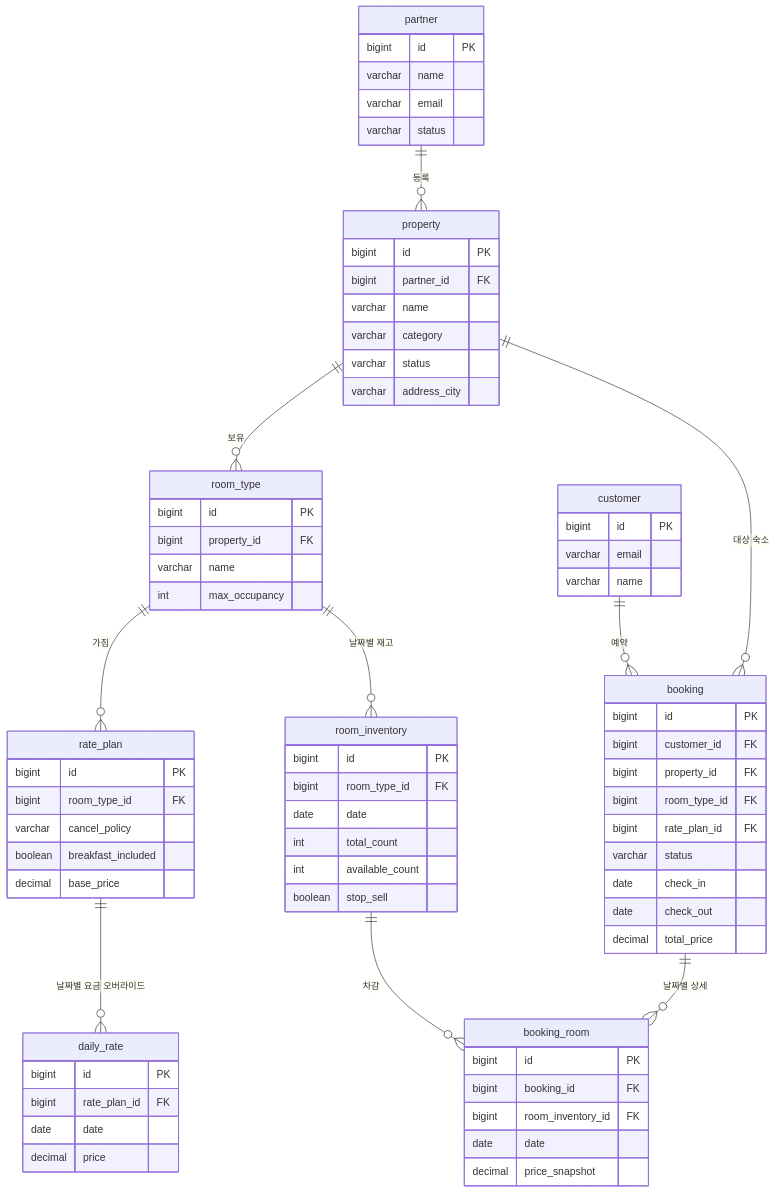
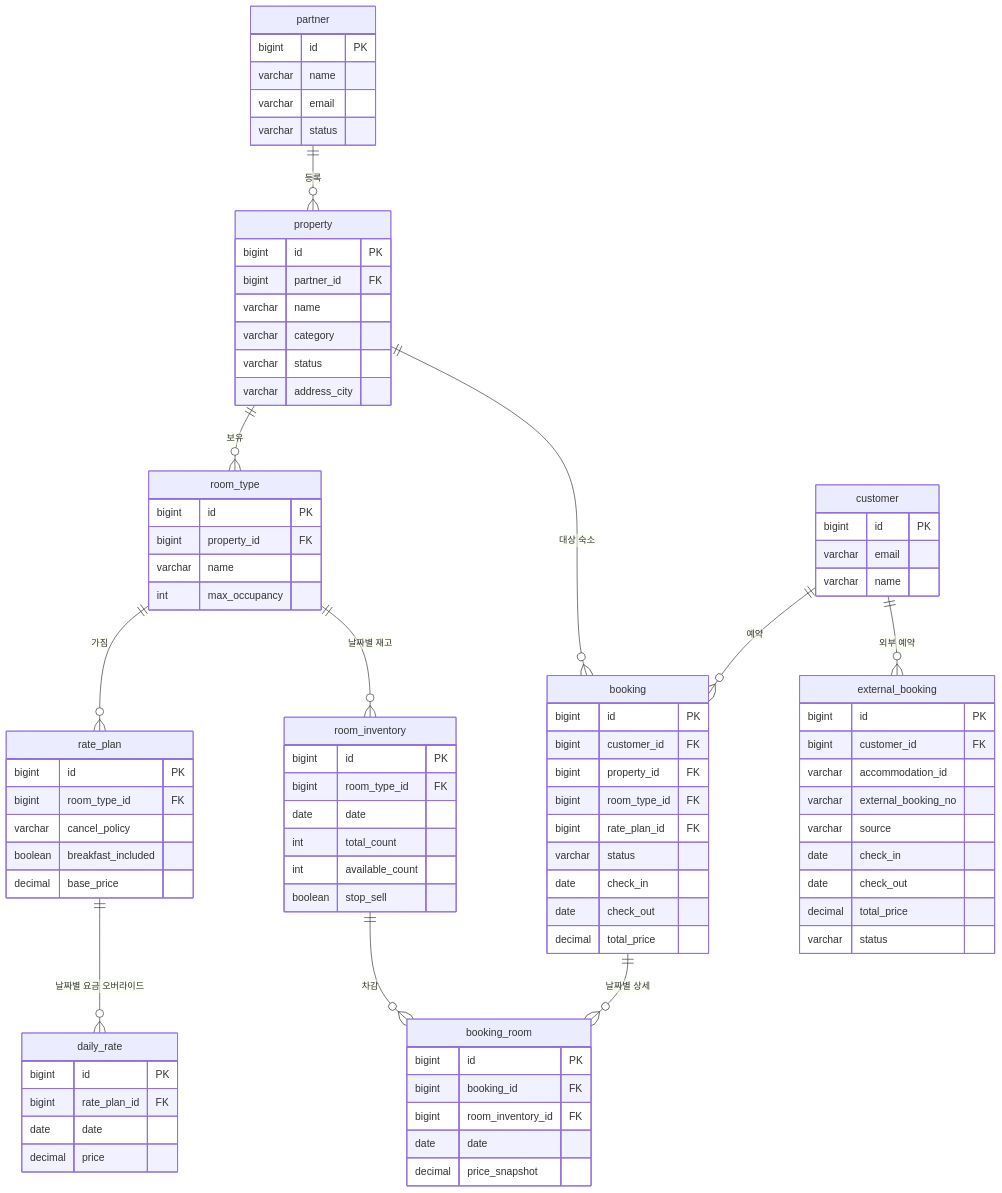
Before and after one commit to Zoo-12/ota-platform: the diagram in docs/erd.md, drawn with Mermaid. The commit also changed other lines of this file and 1 other file, not shown here.

Commit message:
docs: 아키텍처, erd 업데이트

````diff
--- a/docs/erd.md
+++ b/docs/erd.md
@@ -261,6 +288,7 @@
     room_type ||--o{ room_inventory : "날짜별 재고"
     rate_plan ||--o{ daily_rate : "날짜별 요금 오버라이드"
     customer ||--o{ booking : "예약"
+    customer ||--o{ external_booking : "외부 예약"
     booking ||--o{ booking_room : "날짜별 상세"
     room_inventory ||--o{ booking_room : "차감"
     property ||--o{ booking : "대상 숙소"
@@ -329,4 +357,15 @@
         date date
         decimal price_snapshot
     }
+    external_booking {
+        bigint id PK
+        bigint customer_id FK
+        varchar accommodation_id
+        varchar external_booking_no
+        varchar source
+        date check_in
+        date check_out
+        decimal total_price
+        varchar status
+    }
 ```
````
